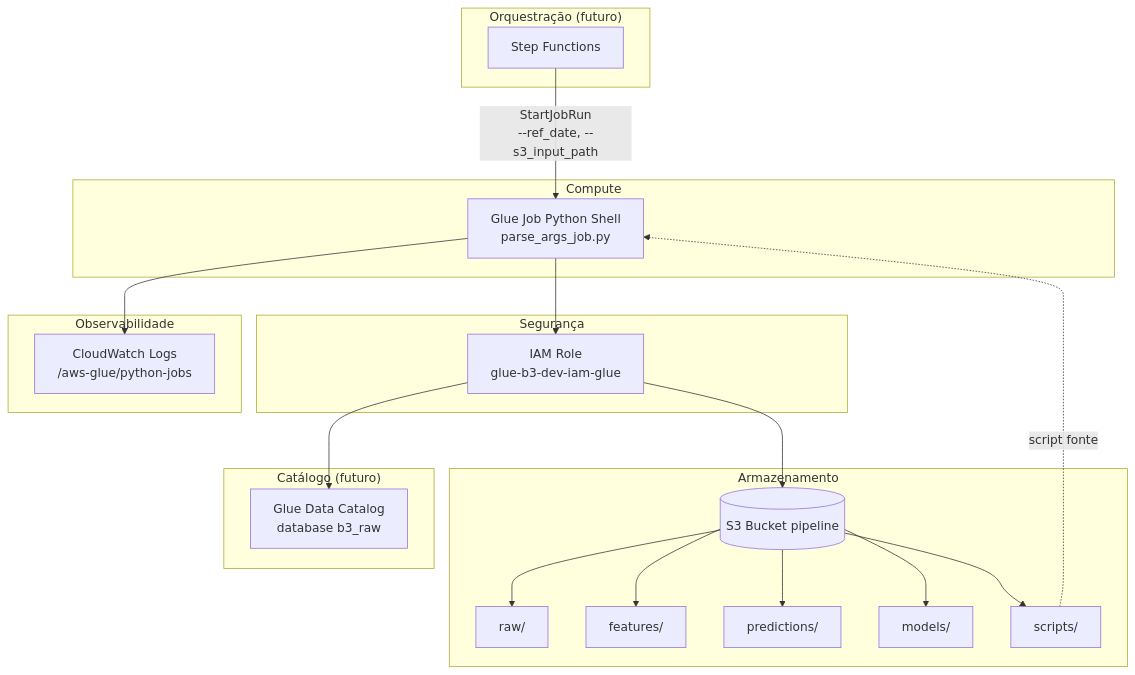
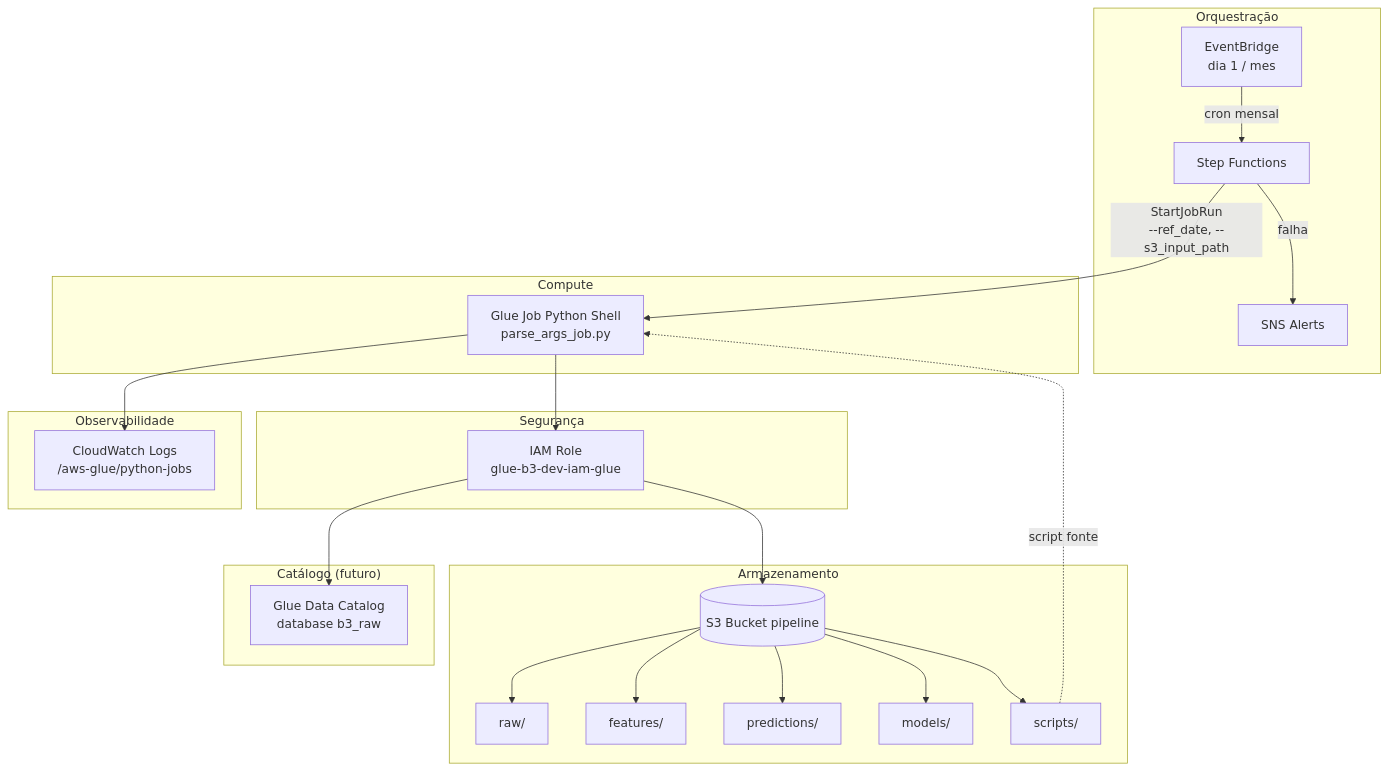
The first of 2 diagrams in docs/architecture.md (welligtoncos/bike-sharing-forecast-aws), drawn with Mermaid before and after one commit. The commit also changed 12 other files, not shown here.

````diff
--- a/docs/architecture.md
+++ b/docs/architecture.md
@@ -7,43 +7,47 @@
 ```mermaid
 flowchart TB
-    subgraph Orquestracao["Orquestração (futuro)"]
+    subgraph Orquestracao["Orquestração"]
+        EB[EventBridge<br/>dia 1 / mes]
         SF[Step Functions]
+        SNS[SNS Alerts]
     end
 
     subgraph Compute["Compute"]
         GJ[Glue Job Python Shell<br/>parse_args_job.py]
     end
 
     subgraph Storage["Armazenamento"]
         S3[(S3 Bucket pipeline)]
         RAW[raw/]
         FEAT[features/]
         PRED[predictions/]
         MOD[models/]
         SCR[scripts/]
     end
 
     subgraph Security["Segurança"]
         ROLE[IAM Role<br/>glue-b3-dev-iam-glue]
     end
 
     subgraph Observability["Observabilidade"]
         CW[CloudWatch Logs<br/>/aws-glue/python-jobs]
     end
 
     subgraph Catalog["Catálogo (futuro)"]
         GC[Glue Data Catalog<br/>database b3_raw]
     end
 
+    SF -->|"falha"| SNS
+    EB -->|"cron mensal"| SF
     SF -->|"StartJobRun<br/>--ref_date, --s3_input_path"| GJ
     GJ --> ROLE
     ROLE --> S3
     ROLE --> GC
     GJ --> CW
     S3 --> RAW
     S3 --> FEAT
     S3 --> PRED
     S3 --> MOD
     S3 --> SCR
     SCR -.->|script fonte| GJ
 ```
````
